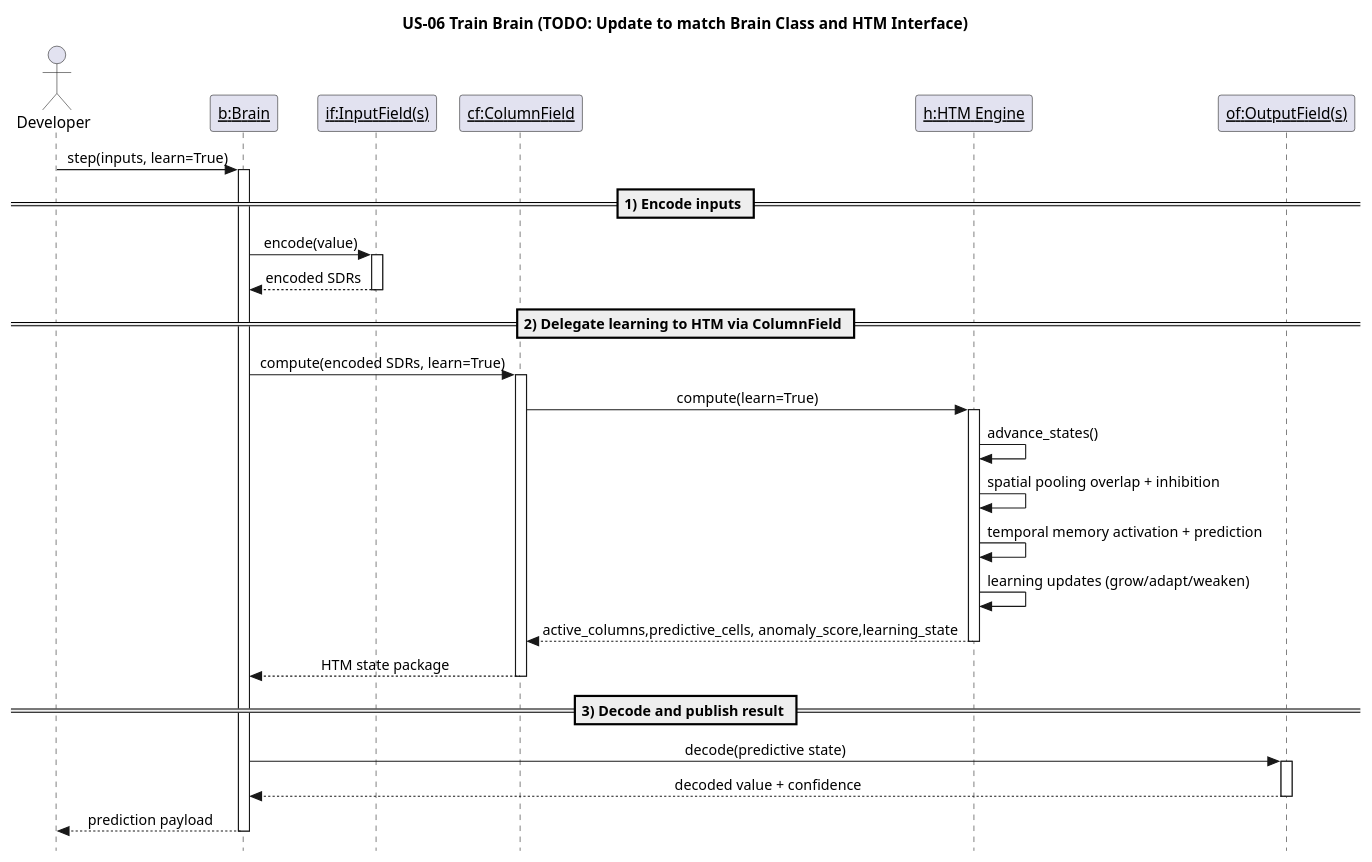
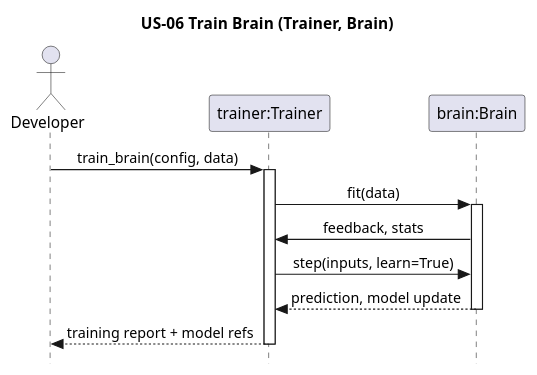
The diagram in docs/puml/US/us-06.puml (egrembocki/htmrl), drawn with PlantUML before and after one commit. The commit also changed 4 other files, not shown here.

```diff
--- a/docs/puml/US/us-06.puml
+++ b/docs/puml/US/us-06.puml
@@ -1,49 +1,22 @@
-@startuml
+@startuml us-06-train-brain
 skinparam style strictuml
 skinparam sequenceMessageAlign center
 skinparam responseMessageBelowArrow true
-title US-06 Train Brain (TODO: Update to match Brain Class and HTM Interface)
 
-actor "Developer" as Dev
-participant "<u>b:Brain</u>" as B
-participant "<u>if:InputField(s)</u>" as IF
-participant "<u>cf:ColumnField</u>" as CF
-participant "<u>h:HTM Engine</u>" as H
-participant "<u>of:OutputField(s)</u>" as OF
+title US-06 Train Brain (Trainer, Brain)
 
-Dev -> B: step(inputs, learn=True)
+actor Developer as D
+participant "trainer:Trainer" as TM
+participant "brain:Brain" as B
+
+D -> TM: train_brain(config, data)
+activate TM
+TM -> B: fit(data)
 activate B
-
-== 1) Encode inputs ==
-B -> IF: encode(value)
-activate IF
-IF --> B: encoded SDRs
-
-deactivate IF
-
-== 2) Delegate learning to HTM via ColumnField ==
-B -> CF: compute(encoded SDRs, learn=True)
-activate CF
-CF -> H: compute(learn=True)
-activate H
-H -> H: advance_states()
-H -> H: spatial pooling overlap + inhibition
-H -> H: temporal memory activation + prediction
-H -> H: learning updates (grow/adapt/weaken)
-H --> CF: active_columns,predictive_cells, anomaly_score,learning_state
-
-deactivate H
-CF --> B: HTM state package
-
-deactivate CF
-
-== 3) Decode and publish result ==
-B -> OF: decode(predictive state)
-activate OF
-OF --> B: decoded value + confidence
-
-deactivate OF
-B --> Dev: prediction payload
-
+B -> TM: feedback, stats
+TM -> B: step(inputs, learn=True)
+B --> TM: prediction, model update
 deactivate B
+TM --> D: training report + model refs
+deactivate TM
 @enduml
```
